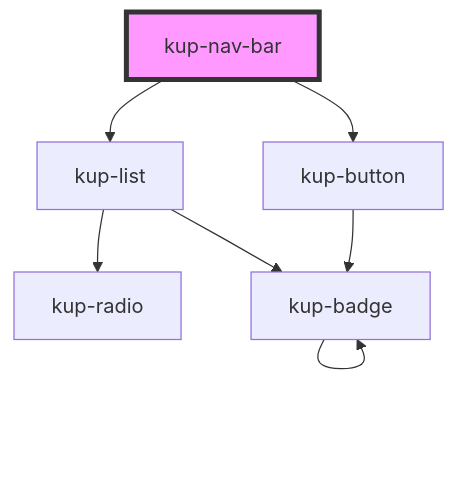
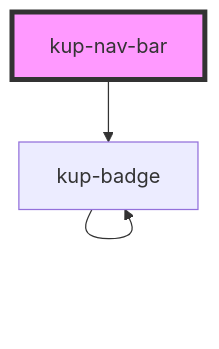
Before and after one commit to smeup/ketchup: the diagram in packages/ketchup/src/components/kup-nav-bar/readme.md, drawn with Mermaid. The commit also changed other lines of this file and 5 other files, not shown here.

Commit message:
kup-nav-bar: minor style fixes and renewed build-time files.

````diff
--- a/packages/ketchup/src/components/kup-nav-bar/readme.md
+++ b/packages/ketchup/src/components/kup-nav-bar/readme.md
@@ -64,10 +64,6 @@
 ```mermaid
 graph TD;
-  kup-nav-bar --> kup-list
-  kup-nav-bar --> kup-button
-  kup-list --> kup-radio
-  kup-list --> kup-badge
+  kup-nav-bar --> kup-badge
   kup-badge --> kup-badge
-  kup-button --> kup-badge
   style kup-nav-bar fill:#f9f,stroke:#333,stroke-width:4px
 ```
````
